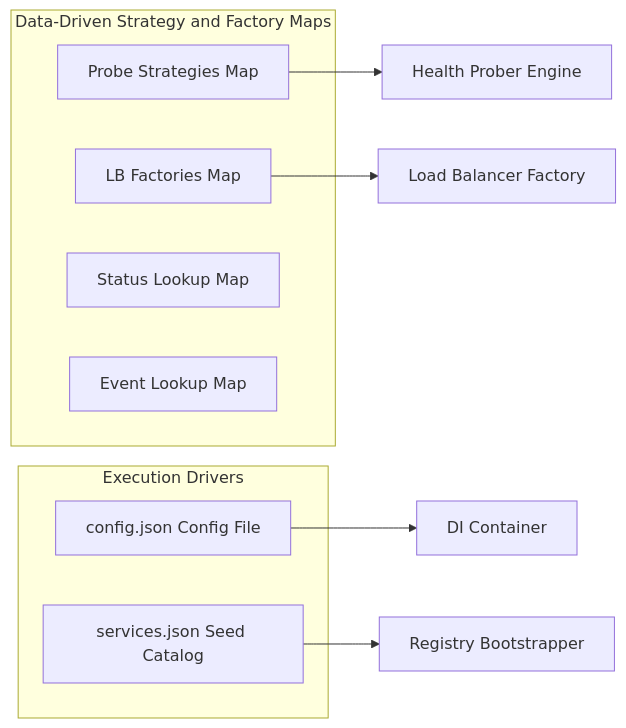
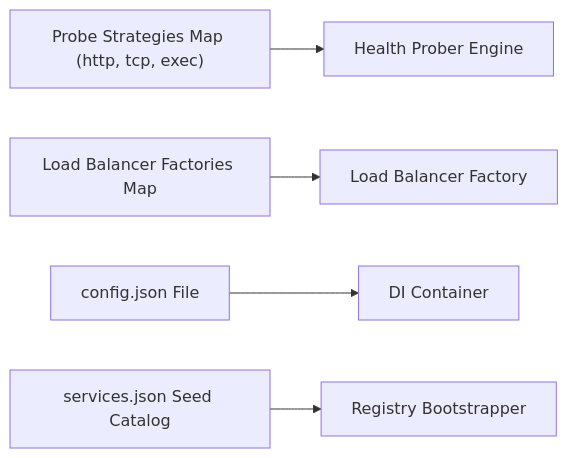
Before and after one commit to Chief-Strategist-J/llm-obs-infra: the sixth of 6 diagrams in docs/architectureDoc/adr-0009-service-registry-and-discovery.md, drawn with Mermaid. The commit also changed other lines of this file and 15 other files, not shown here.

````diff
--- a/docs/architectureDoc/adr-0009-service-registry-and-discovery.md
+++ b/docs/architectureDoc/adr-0009-service-registry-and-discovery.md
@@ -464,19 +620,7 @@
 ```mermaid
 graph LR
-    subgraph StrategyMaps["Data-Driven Strategy and Factory Maps"]
-        PStrategies["Probe Strategies Map"]
-        LBFactories["LB Factories Map"]
-        StatusNames["Status Lookup Map"]
-        EventNames["Event Lookup Map"]
-    end
-
-    subgraph ExecutionDrivers["Execution Drivers"]
-        ConfigJSON["config.json Config File"]
-        SeedJSON["services.json Seed Catalog"]
-    end
-
-    PStrategies --> HealthProberEngine["Health Prober Engine"]
-    LBFactories --> LoadBalancerFactory["Load Balancer Factory"]
-    ConfigJSON --> DIContainer["DI Container"]
-    SeedJSON --> RegistryBootstrapper["Registry Bootstrapper"]
+    PStrategies["Probe Strategies Map (http, tcp, exec)"] --> HealthProberEngine["Health Prober Engine"]
+    LBFactories["Load Balancer Factories Map"] --> LoadBalancerFactory["Load Balancer Factory"]
+    ConfigJSON["config.json File"] --> DIContainer["DI Container"]
+    SeedJSON["services.json Seed Catalog"] --> RegistryBootstrapper["Registry Bootstrapper"]
 ```
````
